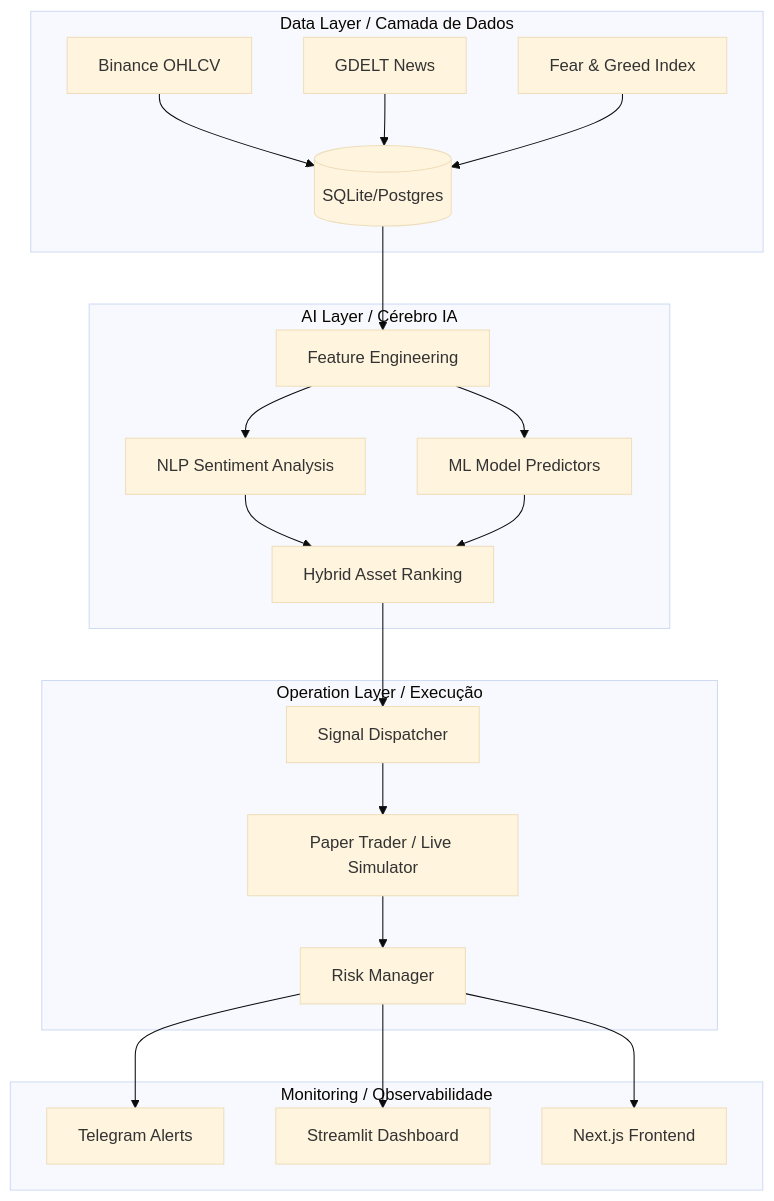
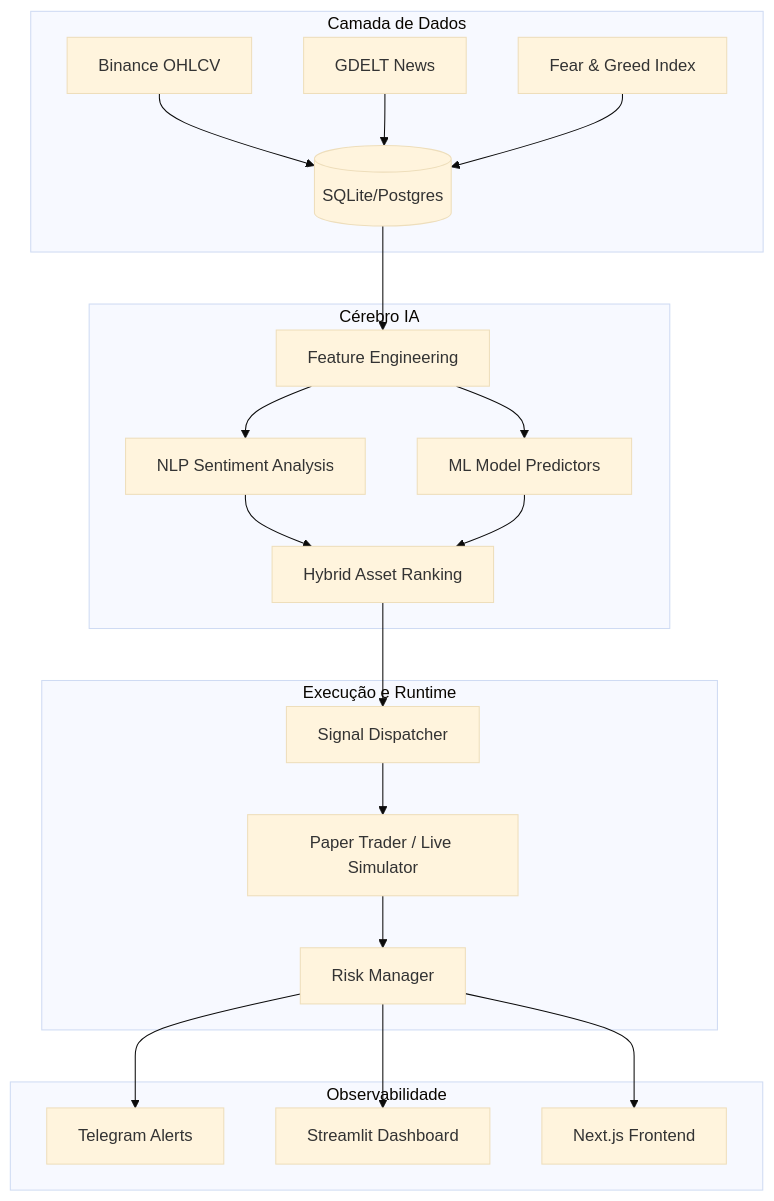
Before and after one commit to OtavioHG/alphascope: the diagram in README.md, drawn with Mermaid (base theme). The commit also changed other lines of this file and 1 other file, not shown here.

````diff
--- a/README.md
+++ b/README.md
@@ -41,27 +28,27 @@
 ```mermaid
 graph TD
-    subgraph "Data Layer / Camada de Dados"
+    subgraph "Camada de Dados"
         A1[Binance OHLCV] --> B[(SQLite/Postgres)]
         A2[GDELT News] --> B
         A3[Fear & Greed Index] --> B
     end
 
-    subgraph "AI Layer / Cérebro IA"
+    subgraph "Cérebro IA"
         B --> C[Feature Engineering]
         C --> D[NLP Sentiment Analysis]
         C --> E[ML Model Predictors]
         D & E --> F[Hybrid Asset Ranking]
     end
 
-    subgraph "Operation Layer / Execução"
+    subgraph "Execução e Runtime"
         F --> G[Signal Dispatcher]
         G --> H[Paper Trader / Live Simulator]
         H --> I[Risk Manager]
     end
 
-    subgraph "Monitoring / Observabilidade"
+    subgraph "Observabilidade"
         I --> J[Telegram Alerts]
         I --> K[Streamlit Dashboard]
         I --> L[Next.js Frontend]
     end
 ```
````
